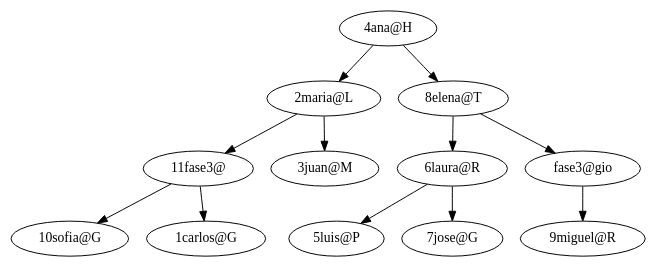
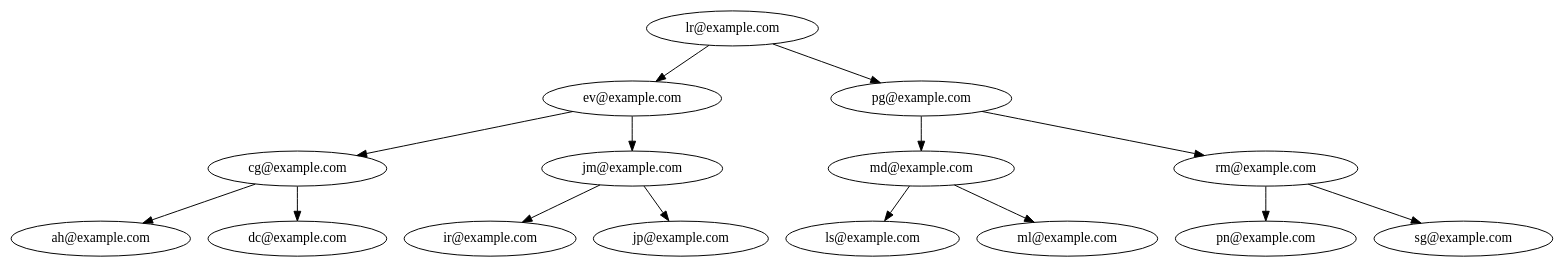
One commit to Ggi0/-EDD-Proyecto_202100229 changed the diagram in fase3/usuarios/reportes/AVL.dot. Above: the diagram before and after it, drawn with Graphviz. The commit also changed 197 other files, not shown here.

```diff
--- a/fase3/usuarios/reportes/AVL.dot
+++ b/fase3/usuarios/reportes/AVL.dot
@@ -1,25 +1,31 @@
 digraph G {
-Nodo0x7f8c3bc95cf0[label = "4ana@H"]
-Nodo0x7f8c3bc95cf0->Nodo0x7f8c3bc967c0
-Nodo0x7f8c3bc95cf0->Nodo0x7f8c3bc985b0
-Nodo0x7f8c3bc967c0[label = "2maria@L"]
-Nodo0x7f8c3bc967c0->Nodo0x7f8c3bca9b30
-Nodo0x7f8c3bc967c0->Nodo0x7f8c3bc97da0
-Nodo0x7f8c3bca9b30[label = "11fase3@"]
-Nodo0x7f8c3bca9b30->Nodo0x7f8c3bc9ed60
-Nodo0x7f8c3bca9b30->Nodo0x7f8c3bc98020
-Nodo0x7f8c3bc9ed60[label = "10sofia@G"]
-Nodo0x7f8c3bc98020[label = "1carlos@G"]
-Nodo0x7f8c3bc97da0[label = "3juan@M"]
-Nodo0x7f8c3bc985b0[label = "8elena@T"]
-Nodo0x7f8c3bc985b0->Nodo0x7f8c3bca1bb0
-Nodo0x7f8c3bc985b0->Nodo0x7f8c3bca07d0
-Nodo0x7f8c3bca1bb0[label = "6laura@R"]
-Nodo0x7f8c3bca1bb0->Nodo0x7f8c3bc97820
-Nodo0x7f8c3bca1bb0->Nodo0x7f8c3bc72760
-Nodo0x7f8c3bc97820[label = "5luis@P"]
-Nodo0x7f8c3bc72760[label = "7jose@G"]
-Nodo0x7f8c3bca07d0[label = "fase3@gio"]
-Nodo0x7f8c3bca07d0->Nodo0x7f8c3bca8670
-Nodo0x7f8c3bca8670[label = "9miguel@R"]
+Nodo0x7f9f7ce63810[label = "lr@example.com"]
+Nodo0x7f9f7ce63810->Nodo0x7f9f7ce62e40
+Nodo0x7f9f7ce63810->Nodo0x7f9f7ce641e0
+Nodo0x7f9f7ce62e40[label = "ev@example.com"]
+Nodo0x7f9f7ce62e40->Nodo0x7f9f7ce62970
+Nodo0x7f9f7ce62e40->Nodo0x7f9f7ce63350
+Nodo0x7f9f7ce62970[label = "cg@example.com"]
+Nodo0x7f9f7ce62970->Nodo0x7f9f7ce626e0
+Nodo0x7f9f7ce62970->Nodo0x7f9f7ce62c00
+Nodo0x7f9f7ce626e0[label = "ah@example.com"]
+Nodo0x7f9f7ce62c00[label = "dc@example.com"]
+Nodo0x7f9f7ce63350[label = "jm@example.com"]
+Nodo0x7f9f7ce63350->Nodo0x7f9f7ce630f0
+Nodo0x7f9f7ce63350->Nodo0x7f9f7ce635b0
+Nodo0x7f9f7ce630f0[label = "ir@example.com"]
+Nodo0x7f9f7ce635b0[label = "jp@example.com"]
+Nodo0x7f9f7ce641e0[label = "pg@example.com"]
+Nodo0x7f9f7ce641e0->Nodo0x7f9f7ce63d20
+Nodo0x7f9f7ce641e0->Nodo0x7f9f7ce646a0
+Nodo0x7f9f7ce63d20[label = "md@example.com"]
+Nodo0x7f9f7ce63d20->Nodo0x7f9f7ce63ac0
+Nodo0x7f9f7ce63d20->Nodo0x7f9f7ce63f80
+Nodo0x7f9f7ce63ac0[label = "ls@example.com"]
+Nodo0x7f9f7ce63f80[label = "ml@example.com"]
+Nodo0x7f9f7ce646a0[label = "rm@example.com"]
+Nodo0x7f9f7ce646a0->Nodo0x7f9f7ce64440
+Nodo0x7f9f7ce646a0->Nodo0x7f9f7ce64900
+Nodo0x7f9f7ce64440[label = "pn@example.com"]
+Nodo0x7f9f7ce64900[label = "sg@example.com"]
 }
```
